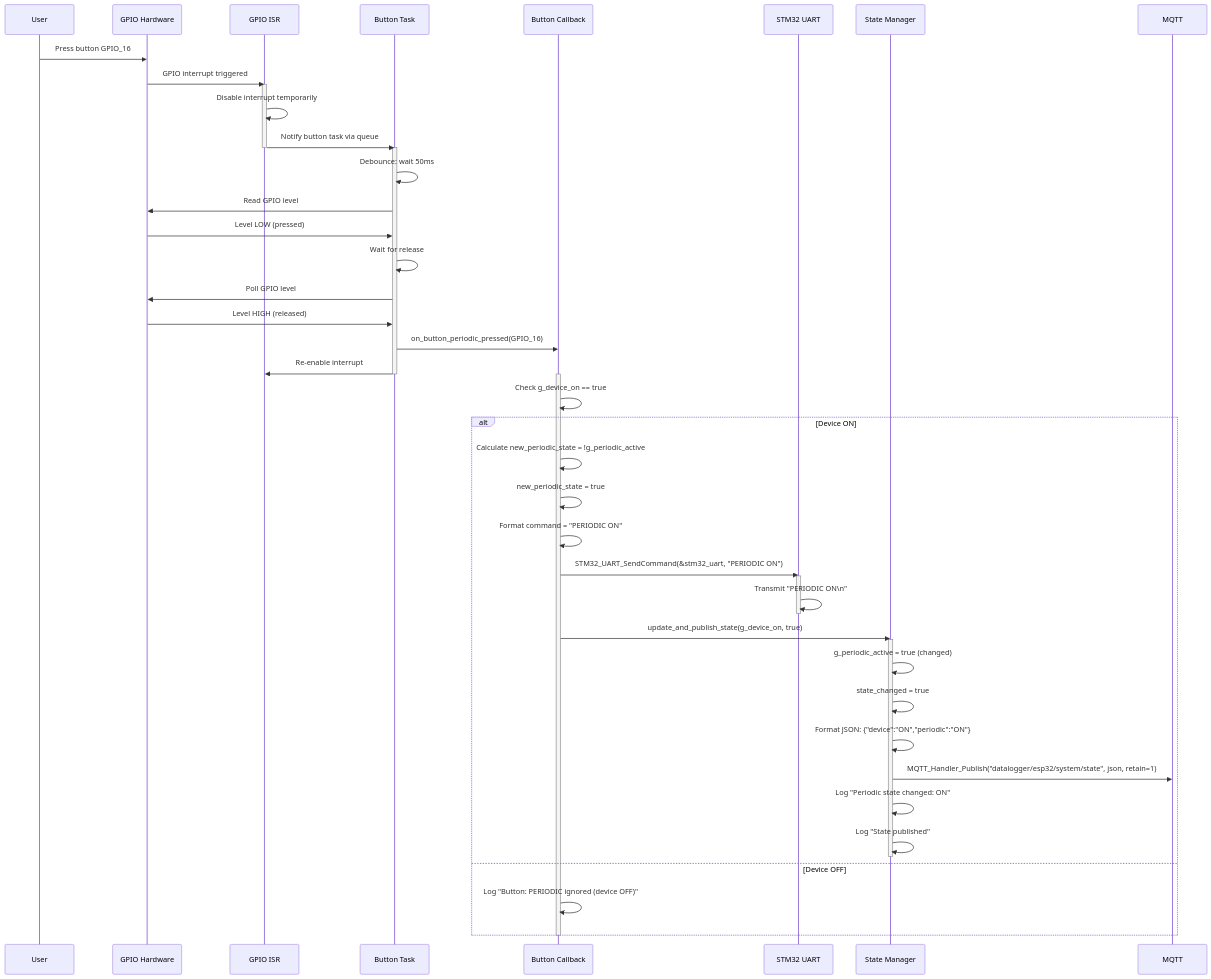
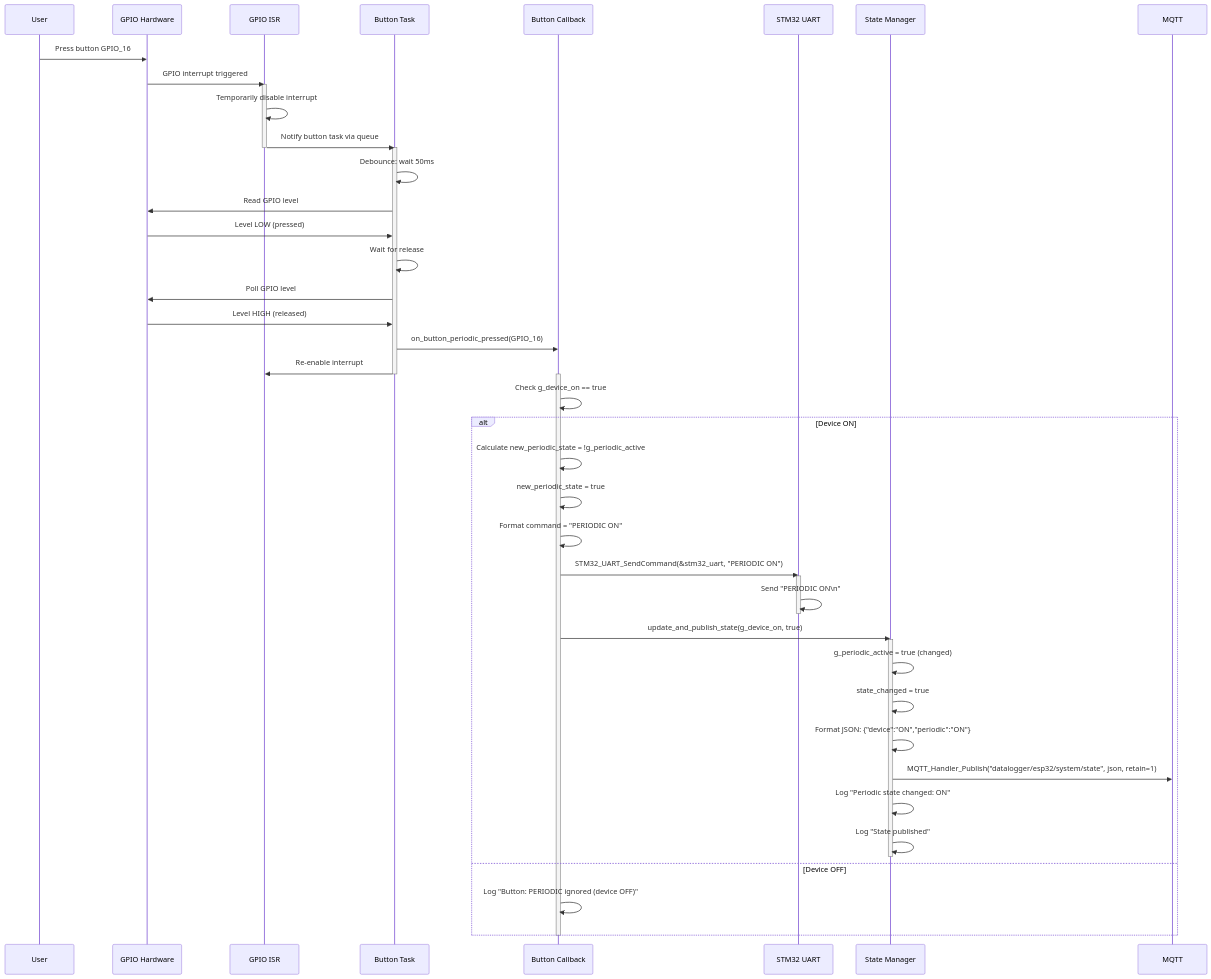
The fifth of 7 diagrams in documents/ESP32/SEQUENCE_DIAGRAM_ESP32.md (meeTeam05/datalogger), drawn with Mermaid before and after one commit. The commit also changed other lines of this file and 5 other files, not shown here.

````diff
--- a/documents/ESP32/SEQUENCE_DIAGRAM_ESP32.md
+++ b/documents/ESP32/SEQUENCE_DIAGRAM_ESP32.md
@@ -418,57 +360,57 @@
 ```mermaid
 sequenceDiagram
     participant User
     participant GPIO as GPIO Hardware
     participant ISR as GPIO ISR
     participant Task as Button Task
     participant Callback as Button Callback
     participant UART as STM32 UART
     participant State as State Manager
     participant MQTT
     
     User->>GPIO: Press button GPIO_16
     GPIO->>ISR: GPIO interrupt triggered
     activate ISR
-    ISR->>ISR: Disable interrupt temporarily
+    ISR->>ISR: Temporarily disable interrupt
     ISR->>Task: Notify button task via queue
     deactivate ISR
     
     activate Task
     Task->>Task: Debounce: wait 50ms
     Task->>GPIO: Read GPIO level
     GPIO->>Task: Level LOW (pressed)
     Task->>Task: Wait for release
     Task->>GPIO: Poll GPIO level
     GPIO->>Task: Level HIGH (released)
     Task->>Callback: on_button_periodic_pressed(GPIO_16)
     Task->>ISR: Re-enable interrupt
     deactivate Task
     
     activate Callback
     Callback->>Callback: Check g_device_on == true
     
     alt Device ON
         Callback->>Callback: Calculate new_periodic_state = !g_periodic_active
         Callback->>Callback: new_periodic_state = true
         Callback->>Callback: Format command = "PERIODIC ON"
         
         Callback->>UART: STM32_UART_SendCommand(&stm32_uart, "PERIODIC ON")
         activate UART
-        UART->>UART: Transmit "PERIODIC ON\n"
+        UART->>UART: Send "PERIODIC ON\n"
         deactivate UART
         
         Callback->>State: update_and_publish_state(g_device_on, true)
         activate State
         State->>State: g_periodic_active = true (changed)
         State->>State: state_changed = true
         State->>State: Format JSON: {"device":"ON","periodic":"ON"}
         State->>MQTT: MQTT_Handler_Publish("datalogger/esp32/system/state", json, retain=1)
         State->>State: Log "Periodic state changed: ON"
         State->>State: Log "State published"
         deactivate State
     else Device OFF
         Callback->>Callback: Log "Button: PERIODIC ignored (device OFF)"
     end
     
     deactivate Callback
 ```
````
